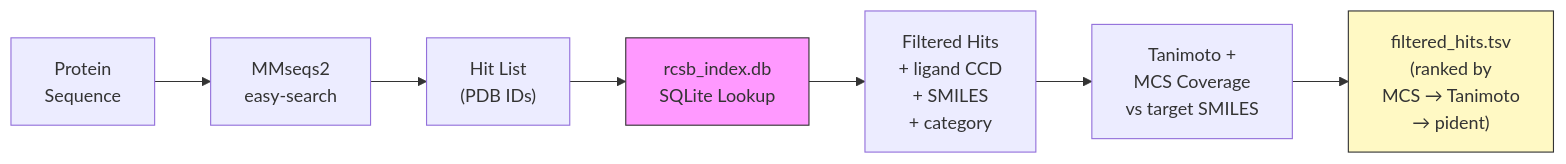
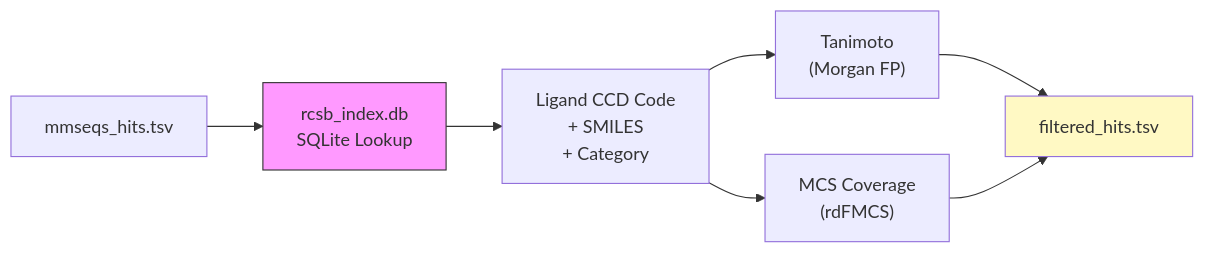
One commit to eightmm/mosaic-pl changed the third of 17 diagrams in docs/pipeline.md. Above: the diagram before and after it, drawn with Mermaid. The commit also changed other lines of this file and 4 other files, not shown here.

````diff
--- a/docs/pipeline.md
+++ b/docs/pipeline.md
@@ -78,12 +72,10 @@
 ```mermaid
 flowchart LR
-    A["Protein\nSequence"] --> B["MMseqs2\neasy-search"]
-    B --> C["Hit List\n(PDB IDs)"]
-    C --> D["rcsb_index.db\nSQLite Lookup"]
-    D --> E["Filtered Hits\n+ ligand CCD\n+ SMILES\n+ category"]
-    E --> F["Tanimoto +\nMCS Coverage\nvs target SMILES"]
-    F --> G["filtered_hits.tsv\n(ranked by\nMCS → Tanimoto\n→ pident)"]
-
-    style D fill:#f9f,stroke:#333
-    style G fill:#fff9c4,stroke:#333
+    A["mmseqs_hits.tsv"] --> B["rcsb_index.db\nSQLite Lookup"]
+    B --> C["Ligand CCD Code\n+ SMILES\n+ Category"]
+    C --> D["Tanimoto\n(Morgan FP)"]
+    C --> E["MCS Coverage\n(rdFMCS)"]
+    D & E --> F["filtered_hits.tsv"]
+    style B fill:#f9f,stroke:#333
+    style F fill:#fff9c4
 ```
````
